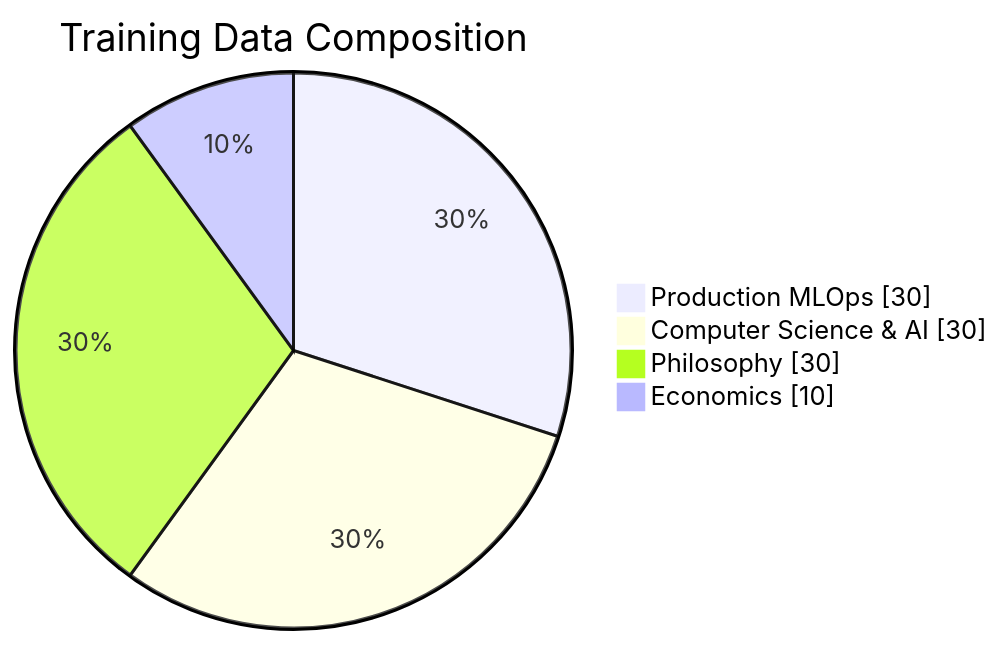
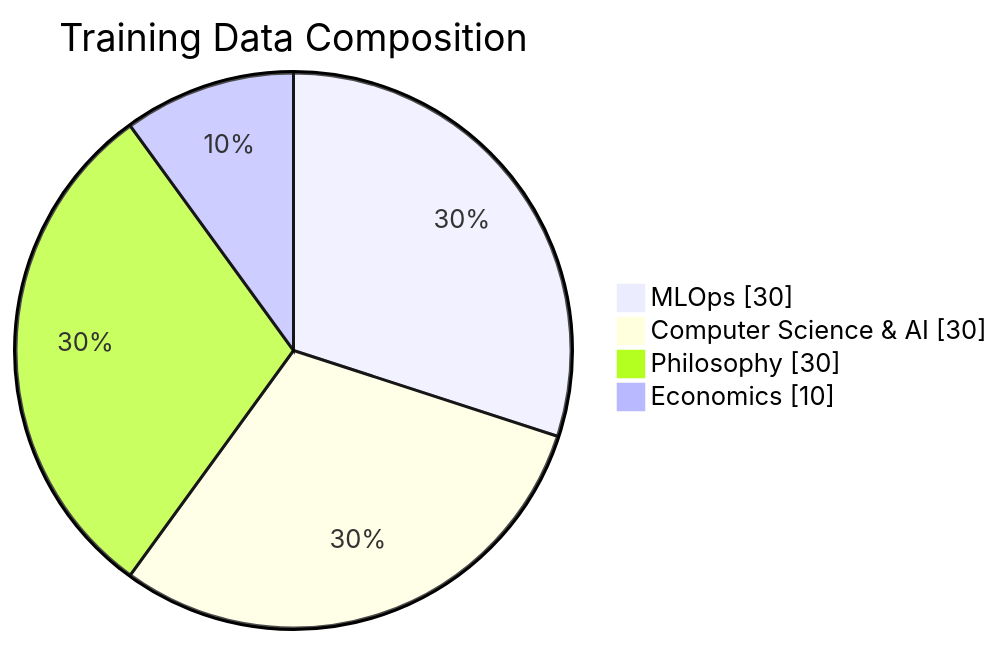
The first of 5 diagrams in README.md (joshuaA236/joshuaA236), drawn with Mermaid before and after one commit. The commit also changed other lines of this file, not shown here.

Commit message:
mlops update

````diff
--- a/README.md
+++ b/README.md
@@ -19,8 +19,8 @@
 ```mermaid 
 pie showData
     title Training Data Composition
-    "Production MLOps" : 30
+    "MLOps" : 30
     "Computer Science & AI" : 30
     "Philosophy" : 30
     "Economics" : 10
 ```
````
